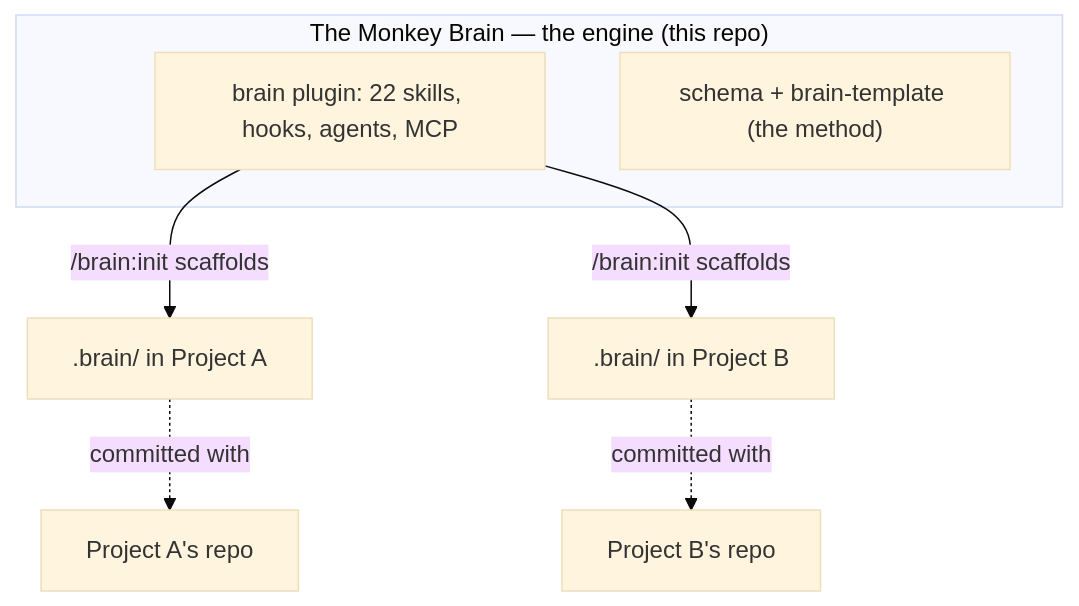
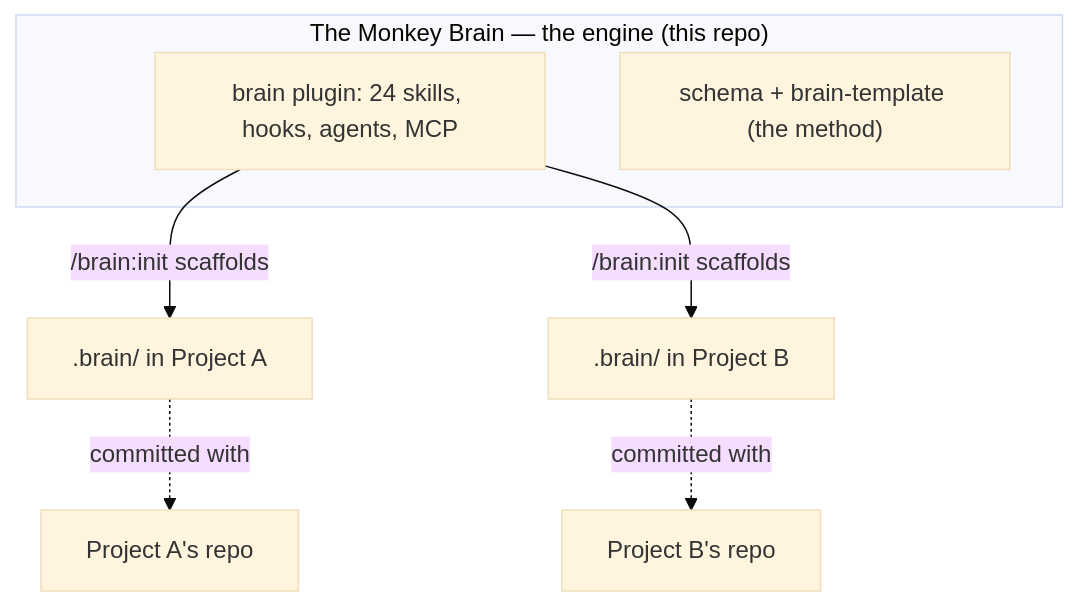
Before and after one commit to NeamulMorshed/The-Monkey-Brain: the second of 2 diagrams in README.md, drawn with Mermaid (base theme). The commit also changed other lines of this file and 18 other files, not shown here.

````diff
--- a/README.md
+++ b/README.md
@@ -233,11 +236,11 @@
 ```mermaid
 flowchart TB
     subgraph Engine["The Monkey Brain — the engine (this repo)"]
-        P["brain plugin: 22 skills, hooks, agents, MCP"]
+        P["brain plugin: 24 skills, hooks, agents, MCP"]
         BT["schema + brain-template (the method)"]
     end
     P -->|/brain:init scaffolds| I1[".brain/ in Project A"]
     P -->|/brain:init scaffolds| I2[".brain/ in Project B"]
     I1 -.committed with.-> RA["Project A's repo"]
     I2 -.committed with.-> RB["Project B's repo"]
 ```
````
